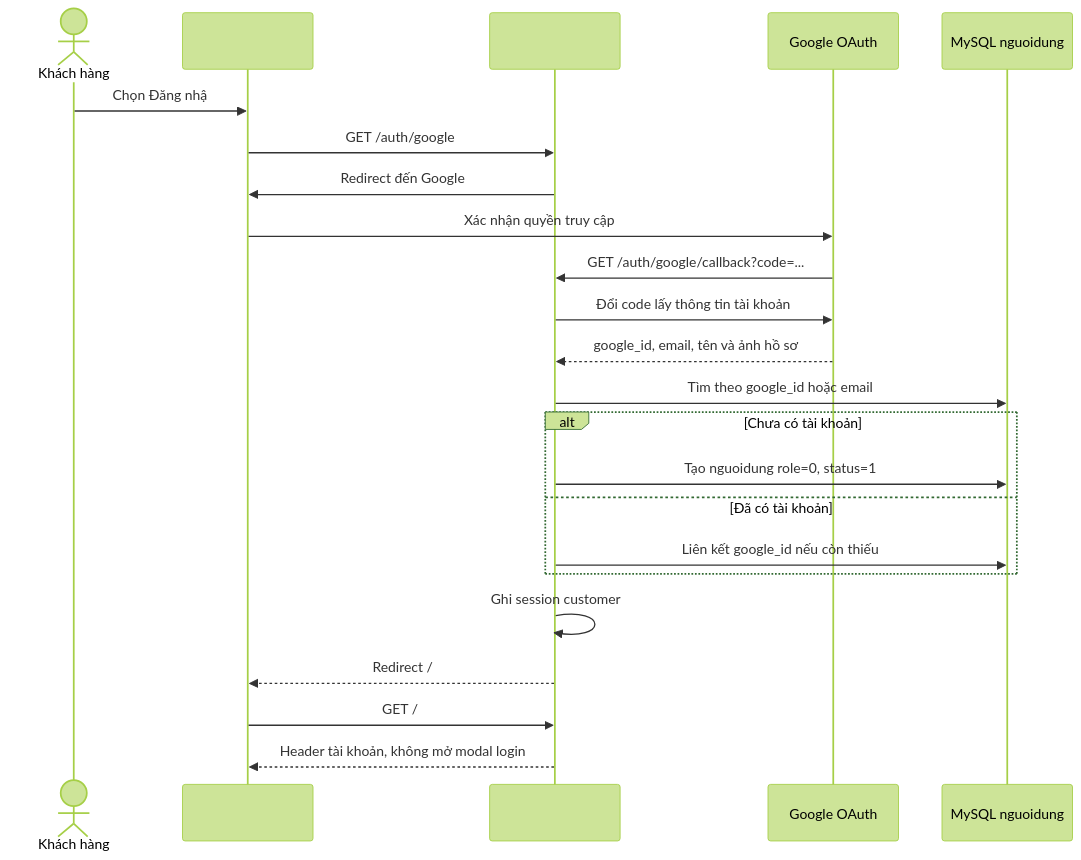
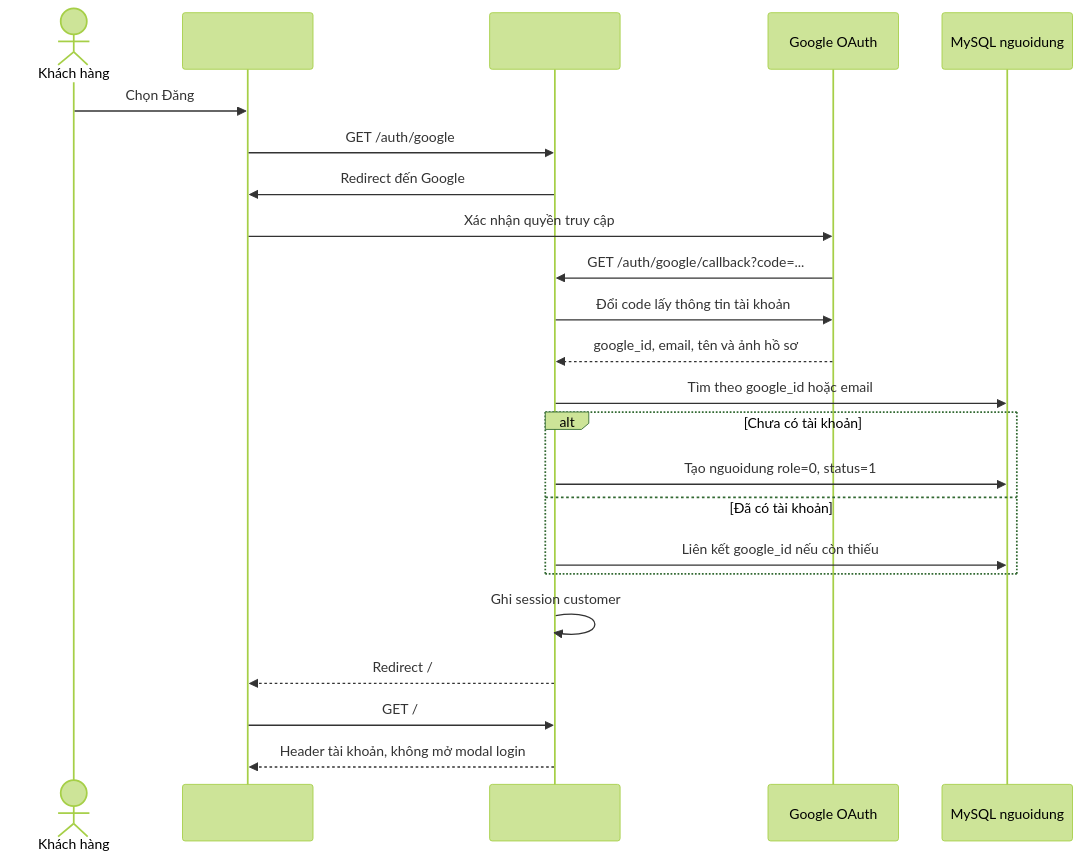
Before and after one commit to ThuanDepzai03/DuAnTotNghiep: the third of 4 diagrams in README.md, drawn with Mermaid (forest theme).

Commit message:
sửa sản phẩm

````diff
--- a/README.md
+++ b/README.md
@@ -715,26 +715,26 @@
 ```mermaid
 sequenceDiagram
         actor Customer as Khách hàng
         participant Browser as 
         participant Laravel as
         participant Google as Google OAuth
         participant DB as MySQL nguoidung
 
-        Customer->>Browser: Chọn Đăng nhậ
+        Customer->>Browser: Chọn Đăng
         Browser->>Laravel: GET /auth/google
         Laravel->>Browser: Redirect đến Google
         Browser->>Google: Xác nhận quyền truy cập
         Google->>Laravel: GET /auth/google/callback?code=...
         Laravel->>Google: Đổi code lấy thông tin tài khoản
         Google-->>Laravel: google_id, email, tên và ảnh hồ sơ
         Laravel->>DB: Tìm theo google_id hoặc email
         alt Chưa có tài khoản
                 Laravel->>DB: Tạo nguoidung role=0, status=1
         else Đã có tài khoản
                 Laravel->>DB: Liên kết google_id nếu còn thiếu
         end
         Laravel->>Laravel: Ghi session customer
         Laravel-->>Browser: Redirect /
         Browser->>Laravel: GET /
         Laravel-->>Browser: Header tài khoản, không mở modal login
 ```
````
